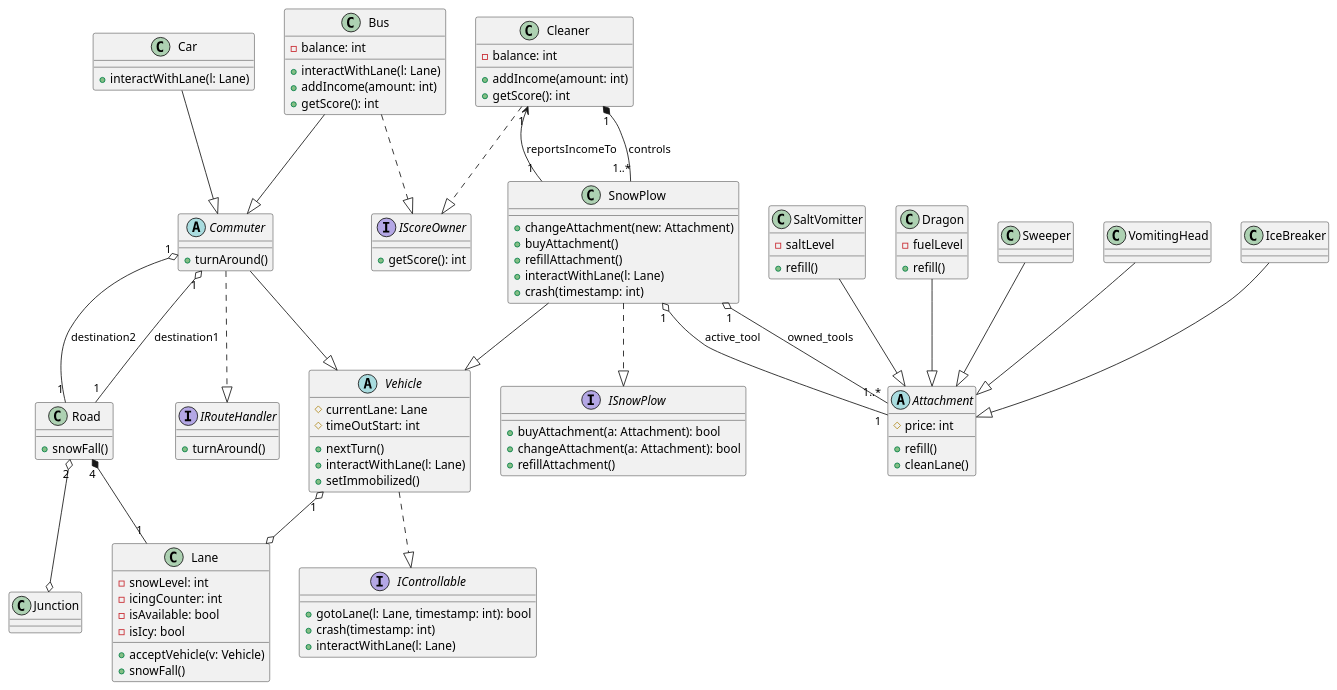
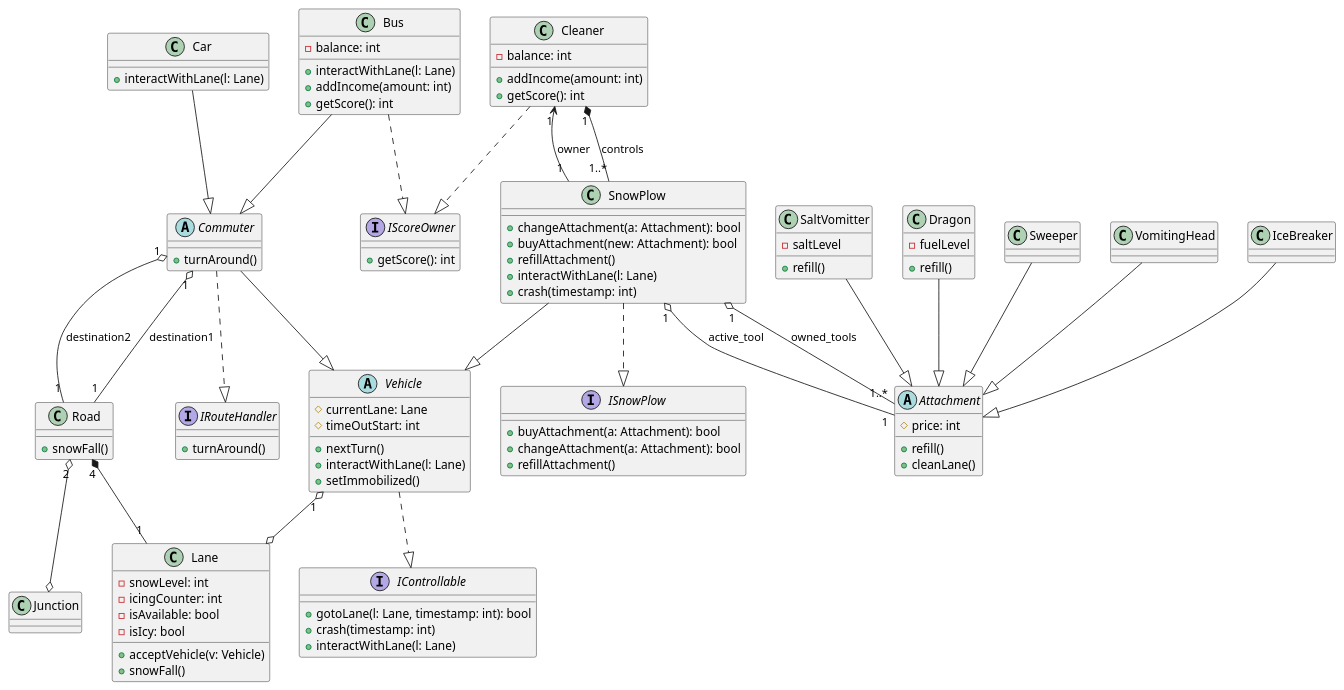
Before and after one commit to toth-andor/UneNotteANapoli: the diagram in docs/04/diagrams/class-diagram.puml, drawn with PlantUML.

Commit message:
fix: changeAttachment parameter, buyAttachment parameter, reportIcomeTo changed to owner

```diff
--- a/docs/04/diagrams/class-diagram.puml
+++ b/docs/04/diagrams/class-diagram.puml
@@ -1,101 +1,101 @@
 @startuml class-diagram
 abstract Vehicle {
   # currentLane: Lane
   # timeOutStart: int
   + nextTurn()
   + interactWithLane(l: Lane)
   + setImmobilized()
 }
 class Bus {
   - balance: int
   + interactWithLane(l: Lane)
   + addIncome(amount: int)
   + getScore(): int
 }
 class SnowPlow {
-  + changeAttachment(new: Attachment)
-  + buyAttachment()
+  + changeAttachment(a: Attachment): bool
+  + buyAttachment(new: Attachment): bool
   + refillAttachment()
   + interactWithLane(l: Lane)
   + crash(timestamp: int)
 }
 class Car {
   + interactWithLane(l: Lane)
 }
 abstract Attachment {
   # price: int
   + refill()
   + cleanLane()
 }
 class Dragon {
   - fuelLevel
   + refill()
 }
 class Sweeper
 class VomitingHead
 class IceBreaker
 class SaltVomitter {
   - saltLevel
   + refill()
 }
 class Road {
   + snowFall()
 }
 class Lane {
   - snowLevel: int
   - icingCounter: int
   - isAvailable: bool
   - isIcy: bool
   + acceptVehicle(v: Vehicle)
   + snowFall()
 }
 class Junction
 class Cleaner {
   - balance: int
   + addIncome(amount: int)
   + getScore(): int
 }
 abstract class Commuter {
   + turnAround()
 }
 interface IControllable {
   + gotoLane(l: Lane, timestamp: int): bool
   + crash(timestamp: int)
   + interactWithLane(l: Lane)
 }
 interface ISnowPlow {
   + buyAttachment(a: Attachment): bool
   + changeAttachment(a: Attachment): bool
   + refillAttachment()
 }
 interface IRouteHandler {
   + turnAround()
 }
 interface IScoreOwner {
   + getScore(): int
 }
 
 Road "4" *-- "1" Lane
 Dragon --|> Attachment
 Sweeper --|> Attachment
 VomitingHead --|> Attachment
 IceBreaker --|> Attachment
 SaltVomitter --|> Attachment
 Road "2" o--o Junction
 Vehicle "1" o--o Lane
 Commuter "1" o-- "1" Road : destination1
 Commuter "1" o-- "1" Road : destination2
 Vehicle ..|> IControllable
 SnowPlow --|> Vehicle
 SnowPlow ..|> ISnowPlow
 Commuter --|> Vehicle
 Commuter ..|> IRouteHandler
 Bus --|> Commuter
 Bus ..|> IScoreOwner
 Car --|> Commuter
 Cleaner ..|> IScoreOwner
 Cleaner "1" *-- "1..*" SnowPlow : controls
 SnowPlow "1" o-- "1..*" Attachment : owned_tools
 SnowPlow "1" o-- "1" Attachment : active_tool
-SnowPlow "1" --> "1" Cleaner : reportsIncomeTo
+SnowPlow "1" --> "1" Cleaner : owner
 @enduml
```
